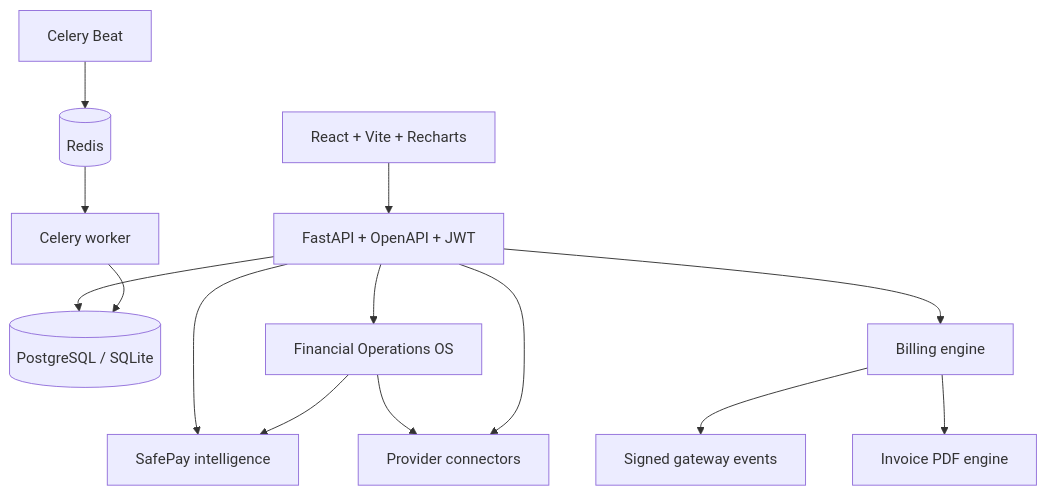
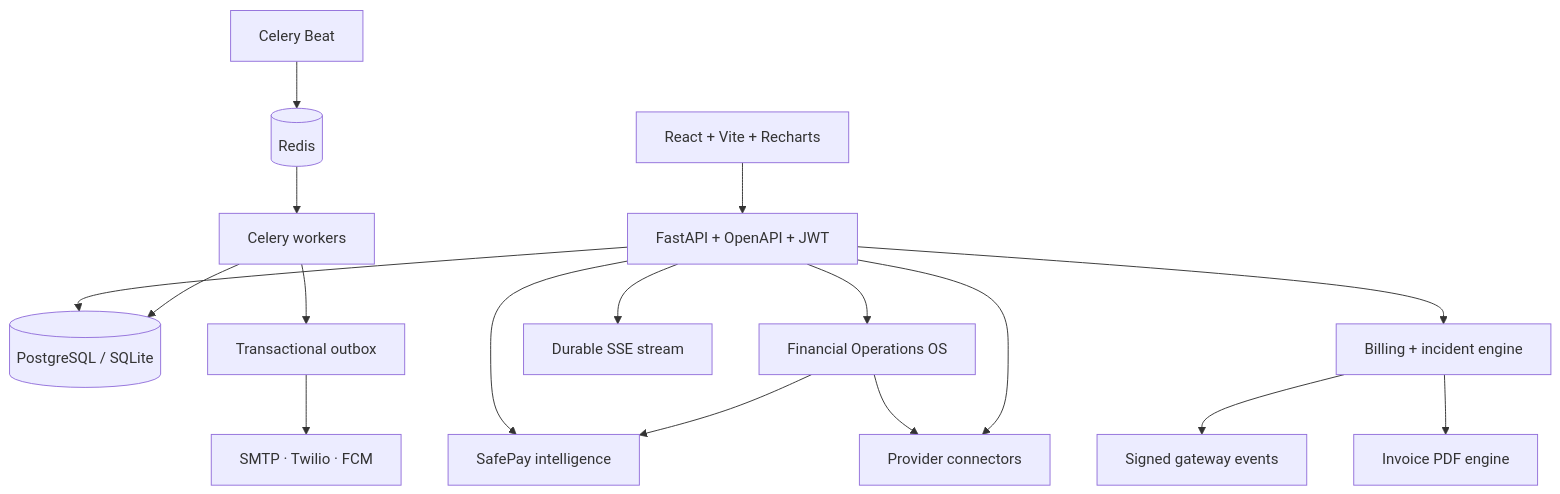
One commit to Yashovardhan47/AI_finance_manage_system_AI changed the diagram in README.md. Above: the diagram before and after it, drawn with Mermaid. The commit also changed other lines of this file and 34 other files, not shown here.

Commit message:
Add real-time payment incident engine

````diff
--- a/README.md
+++ b/README.md
@@ -62,15 +67,18 @@
 ```mermaid
 flowchart TB
     UI[React + Vite + Recharts] --> API[FastAPI + OpenAPI + JWT]
     API --> DB[(PostgreSQL / SQLite)]
     API --> AI[SafePay intelligence]
     API --> OPS[Financial Operations OS]
     OPS --> AI
     OPS --> CON
-    API --> BILL[Billing engine]
+    API --> BILL[Billing + incident engine]
+    API --> SSE[Durable SSE stream]
     BILL --> GATE[Signed gateway events]
     BILL --> PDF[Invoice PDF engine]
-    BEAT[Celery Beat] --> REDIS[(Redis)] --> WORKER[Celery worker]
+    BEAT[Celery Beat] --> REDIS[(Redis)] --> WORKER[Celery workers]
+    WORKER --> OUT[Transactional outbox]
+    OUT --> MSG[SMTP · Twilio · FCM]
     WORKER --> DB
     API --> CON[Provider connectors]
 ```
````
